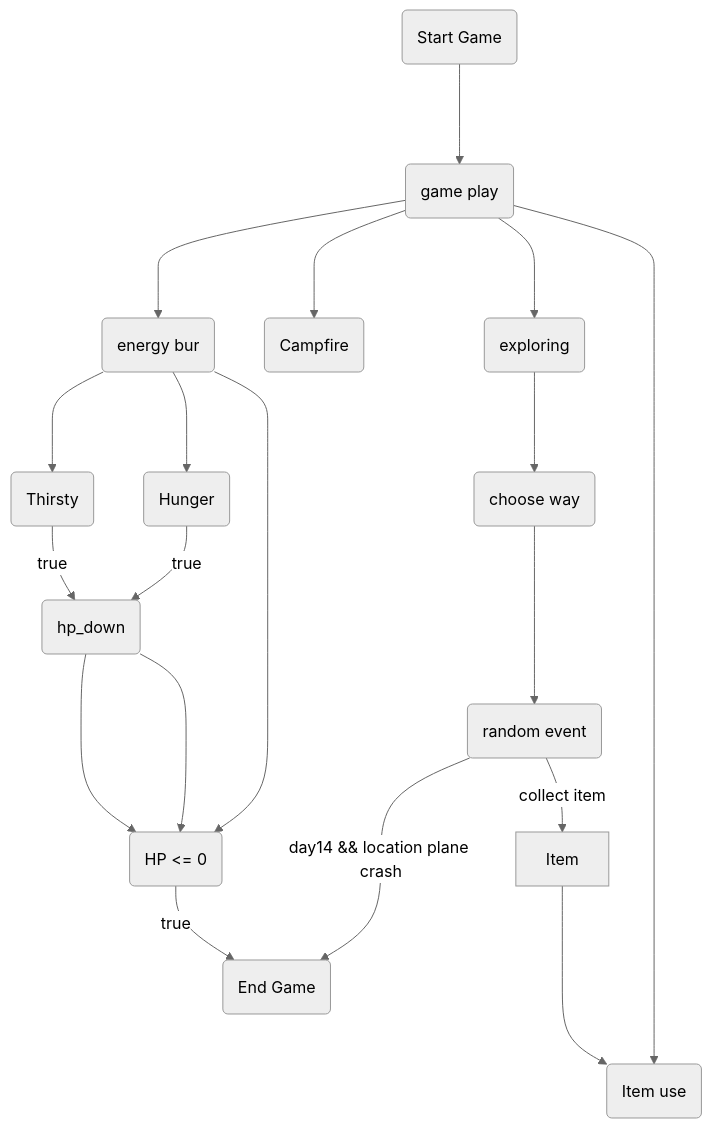
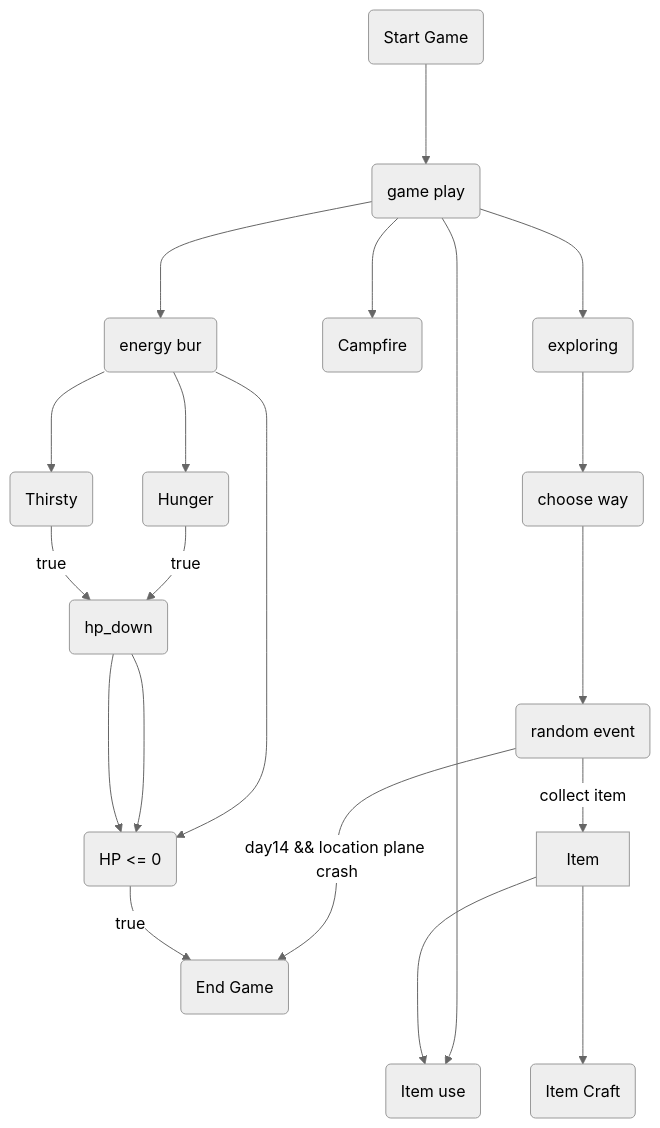
One commit to SSProgamer/C-Project changed the diagram in need me.md. Above: the diagram before and after it, drawn with Mermaid (neutral theme).

Commit message:
Update need me.md

````diff
--- a/need me.md
+++ b/need me.md
@@ -35,14 +35,15 @@
 ```mermaid
 flowchart TD
 start(Start Game) ---> ingame(game play)
 ingame ---> explore(exploring) ---> way(choose way) ---> event(random event)
 event --day14 && location plane crash--> e(End Game)
 event(random event) --collect item--> Item
 ingame ---> Itemuse(Item use)
 Item ---> Itemuse
+Item ---> Itemcraft(Item Craft)
 ingame ---> campfire(Campfire)
 ingame ---> stack(energy bur) --->hp
 stack(energy bur) --->Hunger(Hunger) --true--> hp_down(hp_down) ---> hp
 stack(energy bur) --->Thirsty(Thirsty) --true--> hp_down(hp_down) ---> hp
 hp(HP <= 0) --true--> e(End Game)
 ```
````
